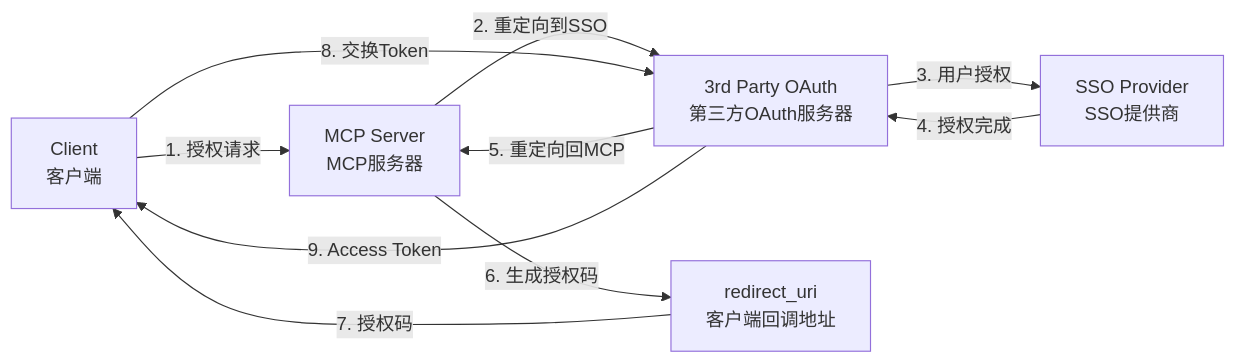
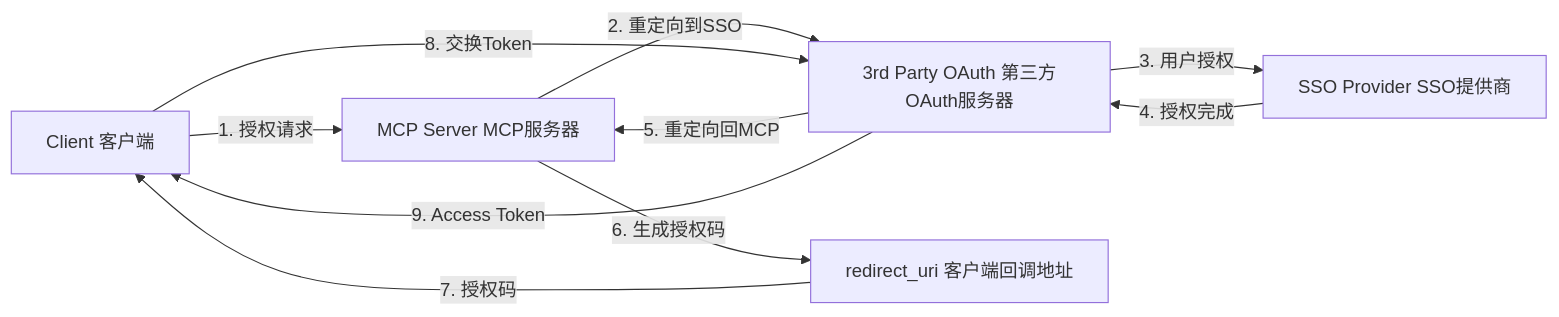
One commit to SilenceDiors/silencediors.github.io changed the third of 6 diagrams in _posts/2025-11-26-mcp-oauth-threat-analysis.md. Above: the diagram before and after it, drawn with Mermaid. The commit also changed other lines of this file and 4 other files, not shown here.

Commit message:
Fix mermaid rendering: unify diagrams to fenced code blocks, robust JS converter

````diff
--- a/_posts/2025-11-26-mcp-oauth-threat-analysis.md
+++ b/_posts/2025-11-26-mcp-oauth-threat-analysis.md
@@ -244,12 +236,12 @@
-<div class="mermaid">
+```mermaid
 graph LR
-    A[Client<br/>客户端] -->|1. 授权请求| B[MCP Server<br/>MCP服务器]
-    B -->|2. 重定向到SSO| C[3rd Party OAuth<br/>第三方OAuth服务器]
-    C -->|3. 用户授权| D[SSO Provider<br/>SSO提供商]
+    A[Client 客户端] -->|1. 授权请求| B[MCP Server MCP服务器]
+    B -->|2. 重定向到SSO| C[3rd Party OAuth 第三方OAuth服务器]
+    C -->|3. 用户授权| D[SSO Provider SSO提供商]
     D -->|4. 授权完成| C
     C -->|5. 重定向回MCP| B
-    B -->|6. 生成授权码| E[redirect_uri<br/>客户端回调地址]
+    B -->|6. 生成授权码| E[redirect_uri 客户端回调地址]
     E -->|7. 授权码| A
     A -->|8. 交换Token| C
     C -->|9. Access Token| A
-</div>
+```
````
